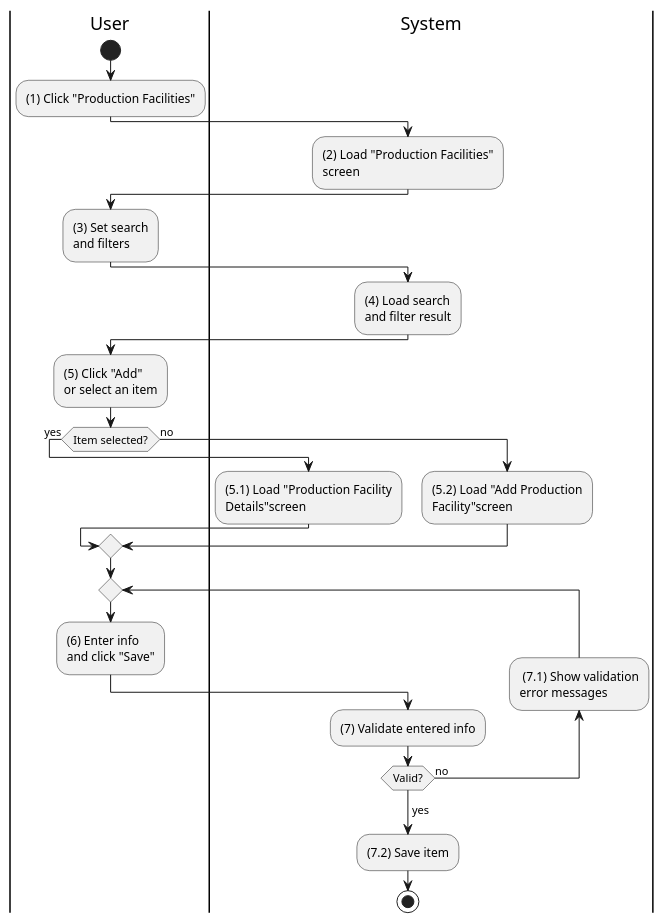
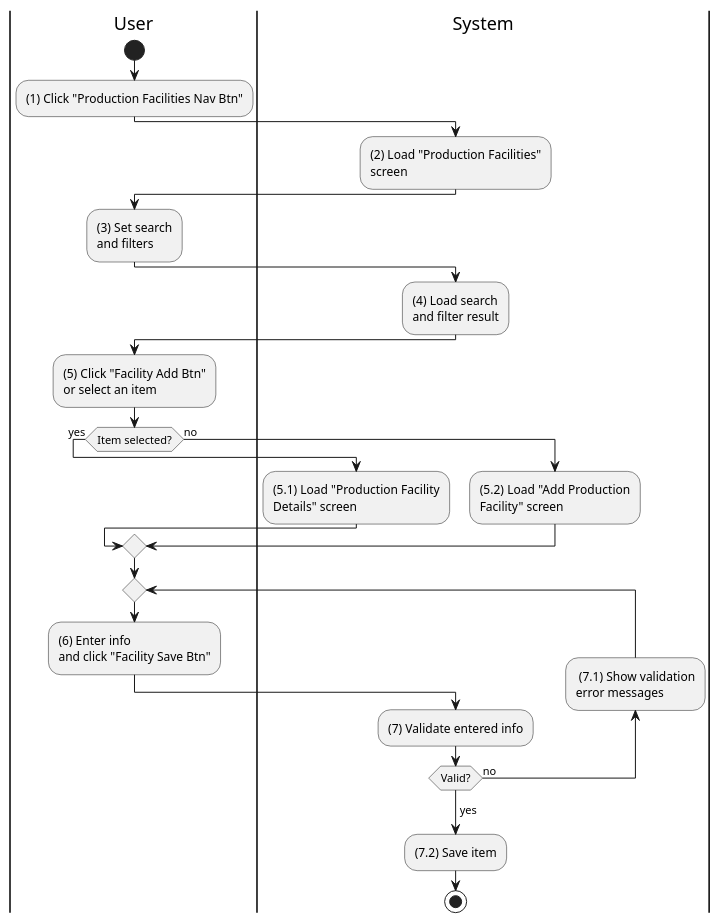
Before and after one commit to phihungha/scmss-reqs: the diagram in activities/production-facility-manage.plantuml, drawn with PlantUML. The commit also changed 71 other files, not shown here.

Commit message:
Update activity diagrams

```diff
--- a/activities/production-facility-manage.plantuml
+++ b/activities/production-facility-manage.plantuml
@@ -1,39 +1,39 @@
 @startuml production-facility-manage
 |u|User
 |s|System
 
 |u|
 start
-:(1) Click "Production Facilities";
+:(1) Click "Production Facilities Nav Btn";
 
 |s|
 :(2) Load "Production Facilities"\nscreen;
 
 |u|
 :(3) Set search\nand filters;
 
 |s|
 :(4) Load search\nand filter result;
 
 |u|
-:(5) Click "Add"\nor select an item;
+:(5) Click "Facility Add Btn"\nor select an item;
 
 if (Item selected?) then (yes)
 |s|
-:(5.1) Load "Production Facility\nDetails"screen;
+:(5.1) Load "Production Facility\nDetails" screen;
 else (no)
-:(5.2) Load "Add Production\nFacility"screen;
+:(5.2) Load "Add Production\nFacility" screen;
 endif
 
 |u|
 repeat
-    :(6) Enter info\nand click "Save";
+    :(6) Enter info\nand click "Facility Save Btn";
 
     |s|
     :(7) Validate entered info;
     backward: (7.1) Show validation\nerror messages;
 repeat while (Valid?) is (no)
 ->yes;
 :(7.2) Save item;
 stop
 @enduml
```
